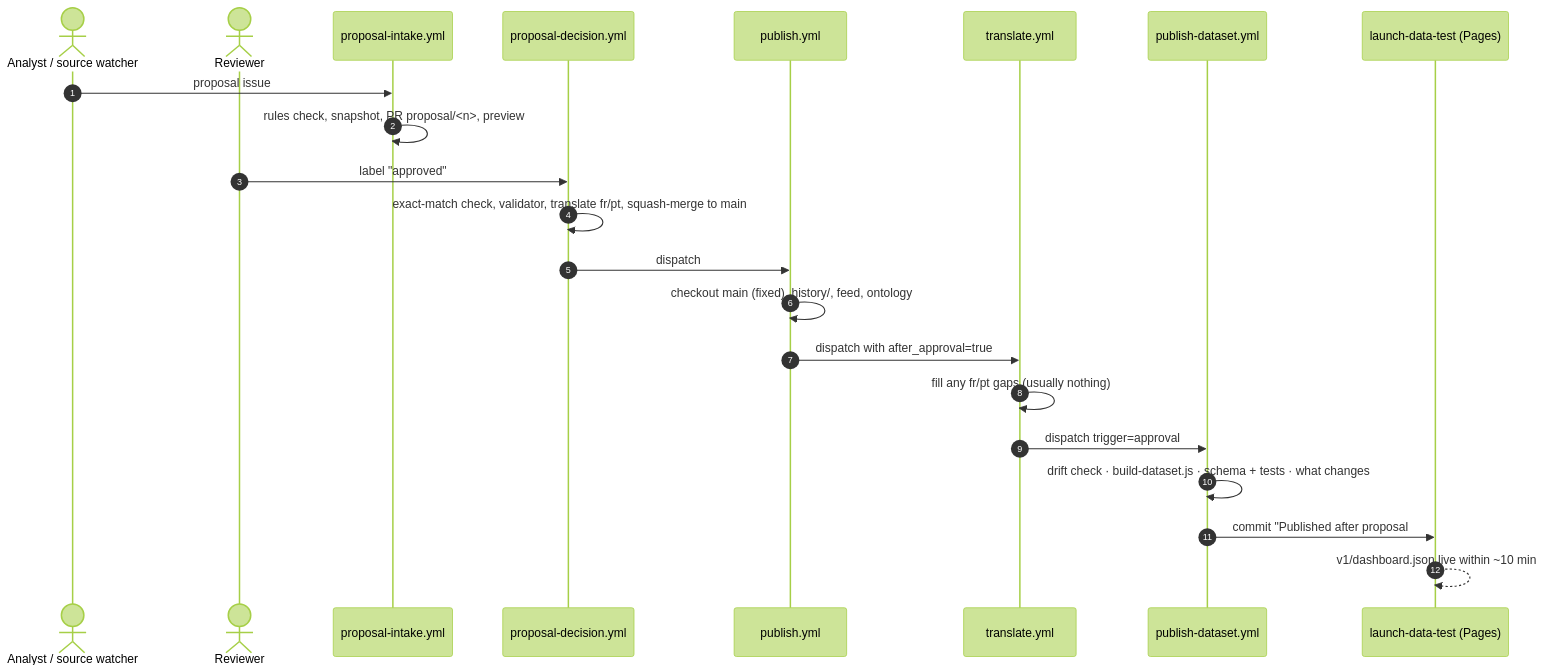
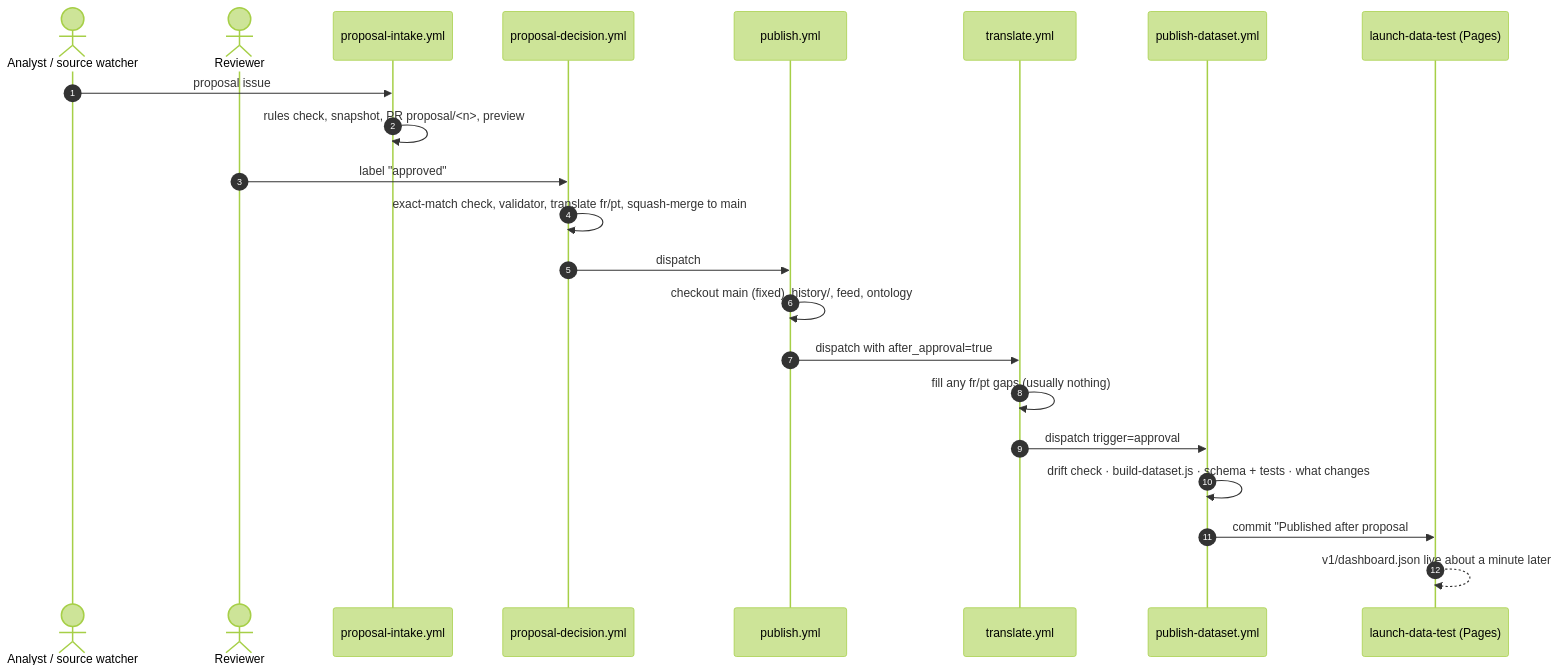
One commit to KylerXiv/launch-development-test changed the second of 2 diagrams in docs/jackson/RBM-public-data-layer.md. Above: the diagram before and after it, drawn with Mermaid (forest theme).

Commit message:
Docs: the sequence diagram's timing too

````diff
--- a/docs/jackson/RBM-public-data-layer.md
+++ b/docs/jackson/RBM-public-data-layer.md
@@ -51,24 +51,24 @@
 ```mermaid
 sequenceDiagram
   autonumber
   actor A as Analyst / source watcher
   actor R as Reviewer
   participant I as proposal-intake.yml
   participant D as proposal-decision.yml
   participant H as publish.yml
   participant T as translate.yml
   participant X as publish-dataset.yml
   participant G as launch-data-test (Pages)
   A->>I: proposal issue
   I->>I: rules check, snapshot, PR proposal/<n>, preview
   R->>D: label "approved"
   D->>D: exact-match check, validator, translate fr/pt, squash-merge to main
   D->>H: dispatch
   H->>H: checkout main (fixed), history/, feed, ontology
   H->>T: dispatch with after_approval=true
   T->>T: fill any fr/pt gaps (usually nothing)
   T->>X: dispatch trigger=approval
   X->>X: drift check · build-dataset.js · schema + tests · what changes
   X->>G: commit "Published after proposal #n, approved by @R [publish-dataset]"
-  G-->>G: v1/dashboard.json live within ~10 min
+  G-->>G: v1/dashboard.json live about a minute later
 ```
````
